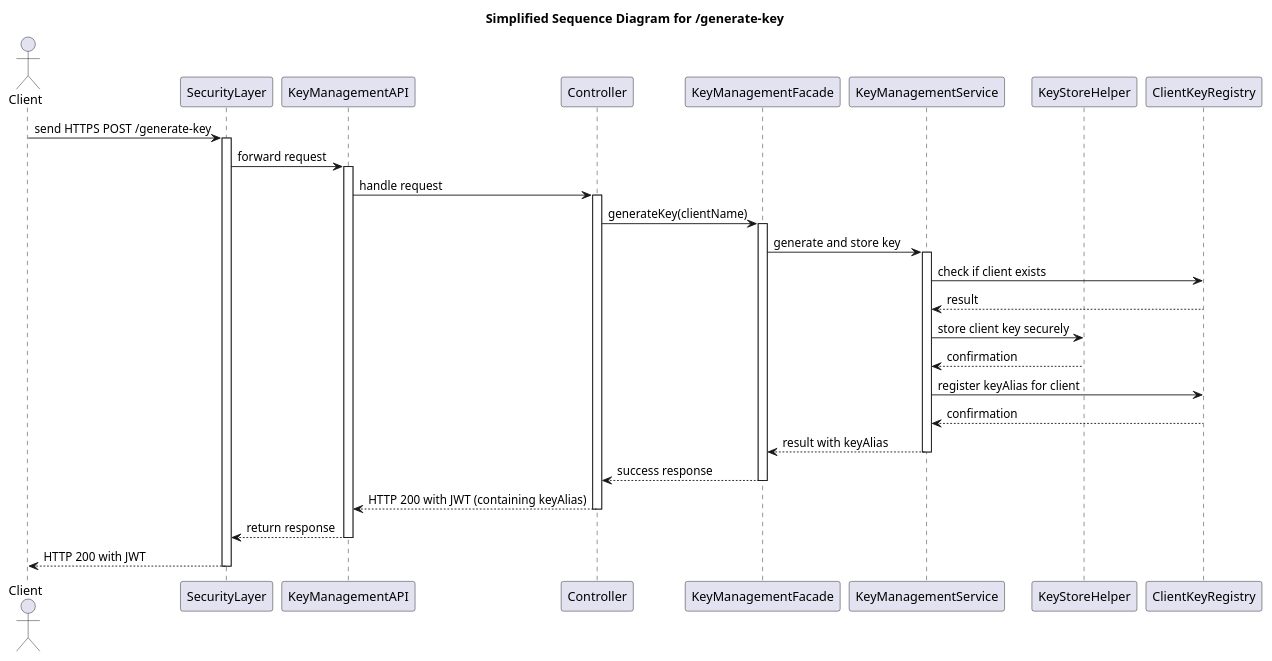
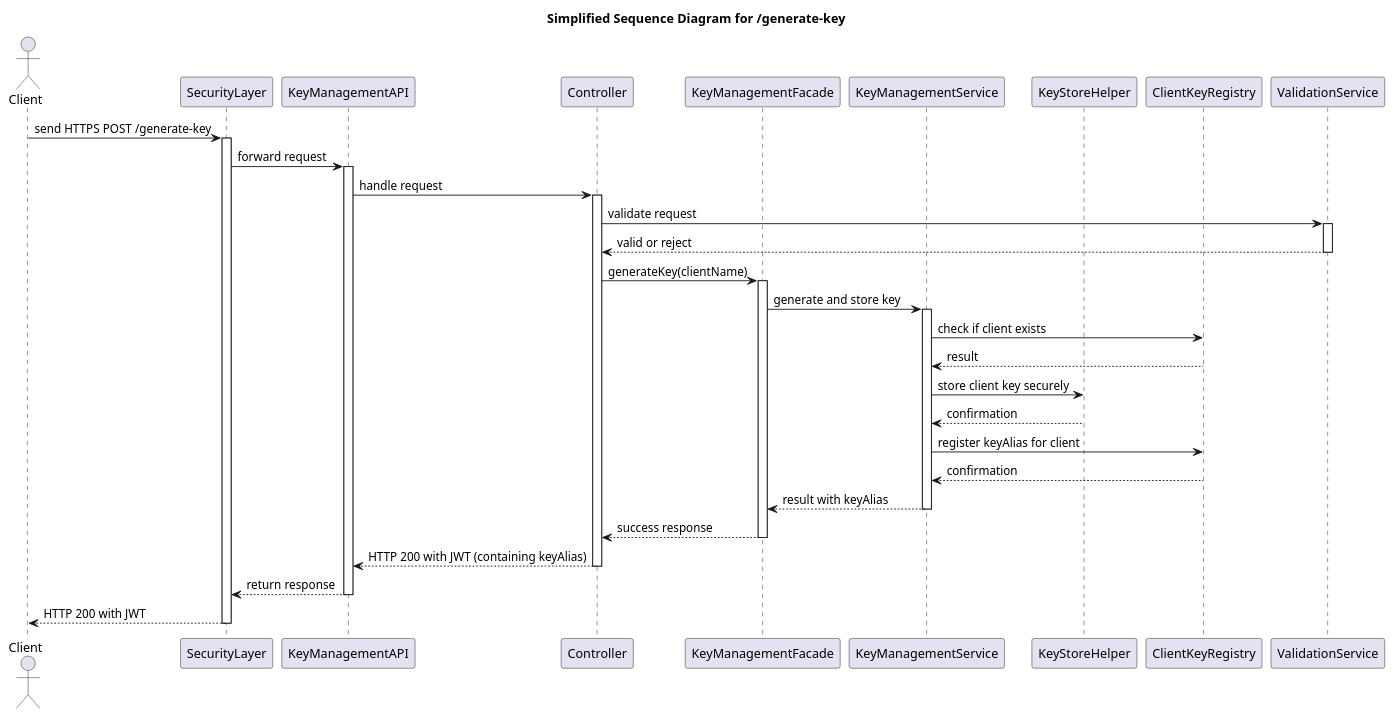
The diagram in documentation/cryptoservice/uml/sequence-diagramm/simple/sequence-diagram-generate-key.puml (Marcey1611/Crypto-Microservice), drawn with PlantUML before and after one commit. The commit also changed 9 other files, not shown here.

Commit message:
updated uml diagrams

```diff
--- a/documentation/cryptoservice/uml/sequence-diagramm/simple/sequence-diagram-generate-key.puml
+++ b/documentation/cryptoservice/uml/sequence-diagramm/simple/sequence-diagram-generate-key.puml
@@ -1,53 +1,58 @@
 @startuml
 title Simplified Sequence Diagram for /generate-key
 
 actor Client
 participant SecurityLayer
 participant KeyManagementAPI
 participant Controller
 participant KeyManagementFacade
 participant KeyManagementService
 participant KeyStoreHelper
 participant ClientKeyRegistry
 
 Client -> SecurityLayer : send HTTPS POST /generate-key
 activate SecurityLayer
 
 SecurityLayer -> KeyManagementAPI : forward request
 activate KeyManagementAPI
 
 KeyManagementAPI -> Controller : handle request
 activate Controller
+
+Controller -> ValidationService : validate request
+activate ValidationService
+ValidationService --> Controller : valid or reject
+deactivate ValidationService
 
 Controller -> KeyManagementFacade : generateKey(clientName)
 activate KeyManagementFacade
 
 KeyManagementFacade -> KeyManagementService : generate and store key
 activate KeyManagementService
 
 KeyManagementService -> ClientKeyRegistry : check if client exists
 ClientKeyRegistry --> KeyManagementService : result
 
 KeyManagementService -> KeyStoreHelper : store client key securely
 KeyStoreHelper --> KeyManagementService : confirmation
 
 KeyManagementService -> ClientKeyRegistry : register keyAlias for client
 ClientKeyRegistry --> KeyManagementService : confirmation
 
 KeyManagementService --> KeyManagementFacade : result with keyAlias
 
 deactivate KeyManagementService
 
 KeyManagementFacade --> Controller : success response
 deactivate KeyManagementFacade
 
 Controller --> KeyManagementAPI : HTTP 200 with JWT (containing keyAlias)
 deactivate Controller
 
 KeyManagementAPI --> SecurityLayer : return response
 deactivate KeyManagementAPI
 
 SecurityLayer --> Client : HTTP 200 with JWT
 deactivate SecurityLayer
 
 @enduml
```
